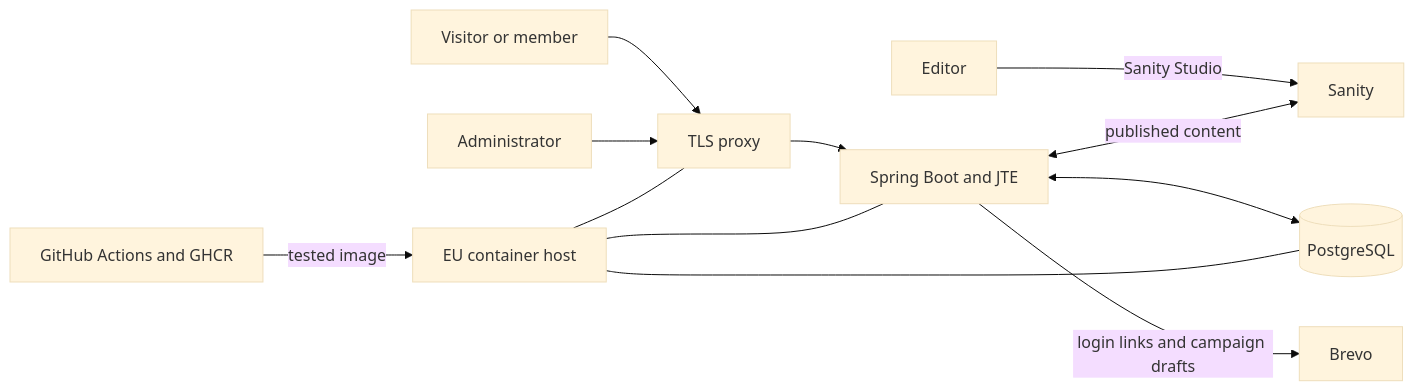
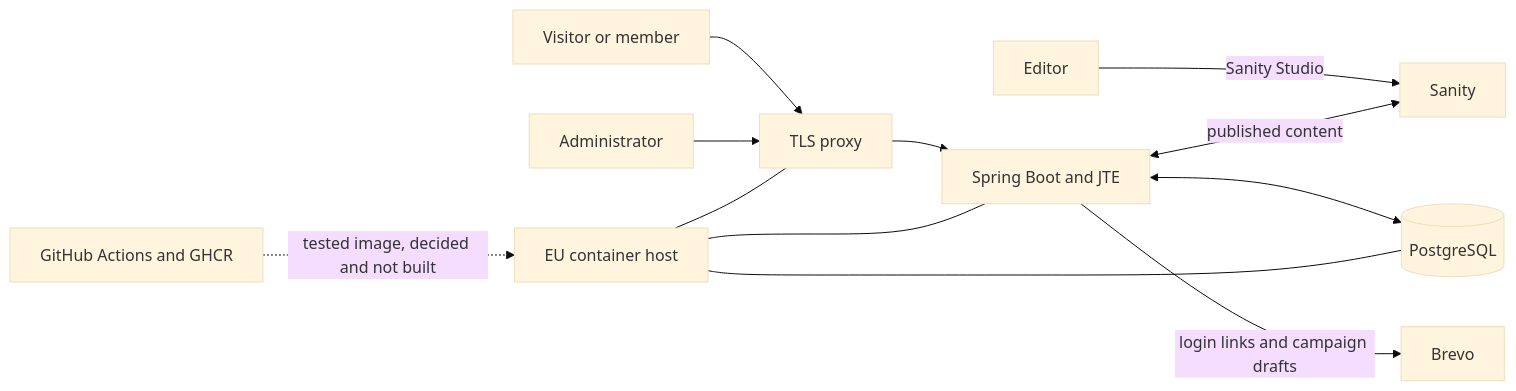
Before and after one commit to AlexanderReaper7/teaterihuskvarna: the diagram in docs/projektplan.md, drawn with Mermaid (base theme). The commit also changed other lines of this file and 13 other files, not shown here.

````diff
--- a/docs/projektplan.md
+++ b/docs/projektplan.md
@@ -58,14 +58,14 @@
 ```mermaid
 flowchart LR
     editor[Editor] -->|Sanity Studio| sanity[Sanity]
     visitor[Visitor or member] --> proxy[TLS proxy]
     admin[Administrator] --> proxy
     proxy --> app[Spring Boot and JTE]
     app <--> db[(PostgreSQL)]
     app -->|login links and campaign drafts| brevo[Brevo]
     app <-->|published content| sanity
-    github[GitHub Actions and GHCR] -->|tested image| host[EU container host]
+    github[GitHub Actions and GHCR] -.->|tested image, decided and not built| host[EU container host]
     host --- proxy
     host --- app
     host --- db
 ```
````
